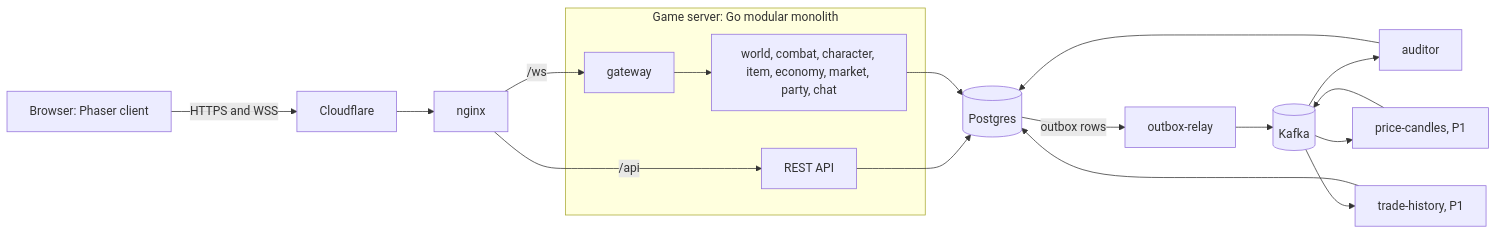
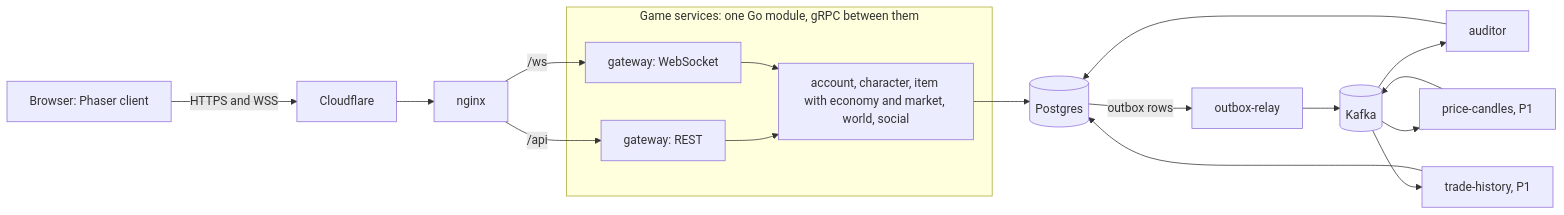
Before and after one commit to zranitm/finga: the first of 2 diagrams in docs/tech/high-level-design.md, drawn with Mermaid. The commit also changed other lines of this file and 18 other files, not shown here.

First line of the commit message:
docs: plan the split into a gateway and services

````diff
--- a/docs/tech/high-level-design.md
+++ b/docs/tech/high-level-design.md
@@ -49,23 +49,23 @@
 ```mermaid
 flowchart LR
   B["Browser: Phaser client"] -->|HTTPS and WSS| CF["Cloudflare"]
   CF --> NG["nginx"]
   NG -->|"/api"| API
   NG -->|"/ws"| GW
-  subgraph GS["Game server: Go modular monolith"]
-    API["REST API"]
-    GW["gateway"]
-    MODS["world, combat, character, item, economy, market, party, chat"]
-    GW --> MODS
+  subgraph GS["Game services: one Go module, gRPC between them"]
+    API["gateway: REST"]
+    GW["gateway: WebSocket"]
+    SVC["account, character, item with economy and market, world, social"]
+    API --> SVC
+    GW --> SVC
   end
-  API --> PG[("Postgres")]
-  MODS --> PG
+  SVC --> PG[("Postgres")]
   PG -->|outbox rows| RL["outbox-relay"]
   RL --> K[("Kafka")]
   K --> AU["auditor"]
   K --> TH["trade-history, P1"]
   K --> PC["price-candles, P1"]
   AU --> PG
   TH --> PG
   PC --> K
 ```
````
